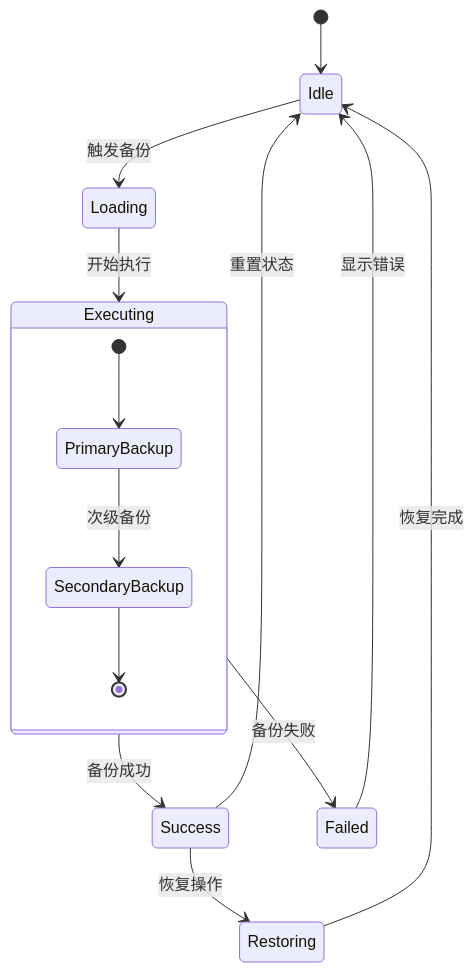
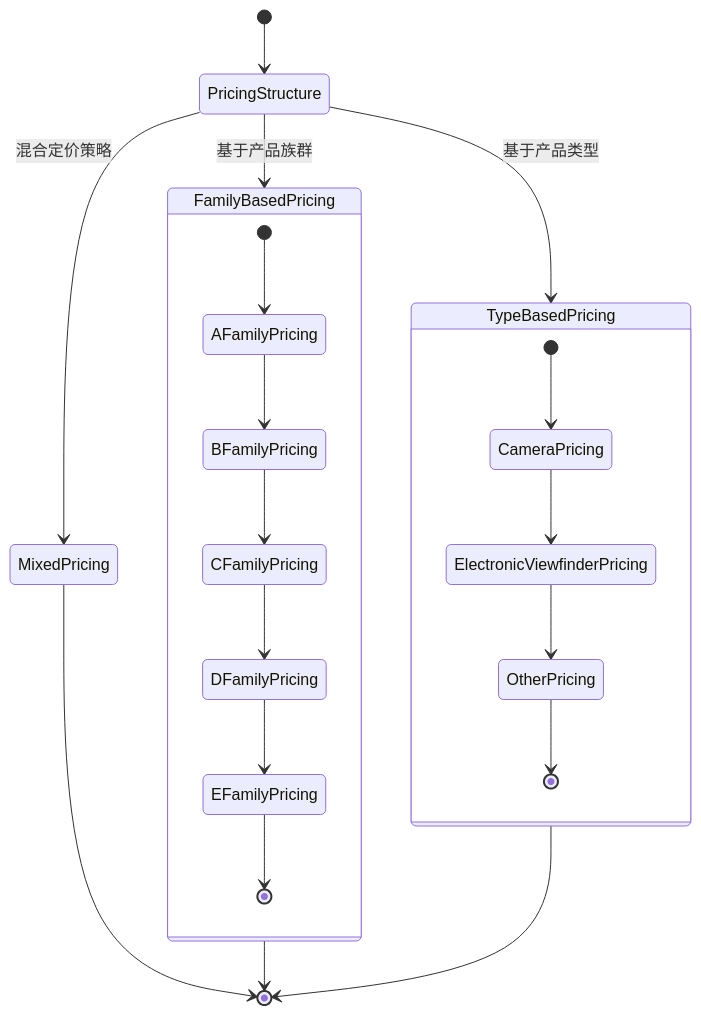
One commit to CubeEdge/Longhorn changed the tenth of 17 diagrams in .qoder/repowiki/zh/content/Admin Settings Component.md. Above: the diagram before and after it, drawn with Mermaid. The commit also changed other lines of this file and 53 other files, not shown here.

````diff
--- a/.qoder/repowiki/zh/content/Admin Settings Component.md
+++ b/.qoder/repowiki/zh/content/Admin Settings Component.md
@@ -325,17 +627,24 @@
 ```mermaid
 stateDiagram-v2
-[*] --> Idle
-Idle --> Loading : 触发备份
-Loading --> Executing : 开始执行
-Executing --> Success : 备份成功
-Executing --> Failed : 备份失败
-Success --> Idle : 重置状态
-Failed --> Idle : 显示错误
-Success --> Restoring : 恢复操作
-Restoring --> Idle : 恢复完成
-state Executing {
-[*] --> PrimaryBackup
-PrimaryBackup --> SecondaryBackup : 次级备份
-SecondaryBackup --> [*]
+[*] --> PricingStructure
+PricingStructure --> FamilyBasedPricing : 基于产品族群
+PricingStructure --> TypeBasedPricing : 基于产品类型
+PricingStructure --> MixedPricing : 混合定价策略
+FamilyBasedPricing --> [*]
+TypeBasedPricing --> [*]
+MixedPricing --> [*]
+state FamilyBasedPricing {
+[*] --> AFamilyPricing
+AFamilyPricing --> BFamilyPricing
+BFamilyPricing --> CFamilyPricing
+CFamilyPricing --> DFamilyPricing
+DFamilyPricing --> EFamilyPricing
+EFamilyPricing --> [*]
+}
+state TypeBasedPricing {
+[*] --> CameraPricing
+CameraPricing --> ElectronicViewfinderPricing
+ElectronicViewfinderPricing --> OtherPricing
+OtherPricing --> [*]
 }
 ```
````
